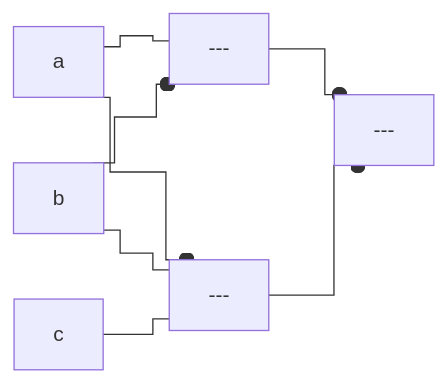
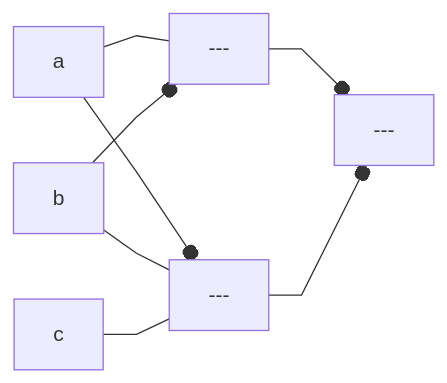
One commit to tnichols217/notes changed the diagram in CSDS 281 - Logic Design/HW/4.md. Above: the diagram before and after it, drawn with Mermaid.

Commit message:
vault backup: 2024-02-22 23:06:14

````diff
--- a/CSDS 281 - Logic Design/HW/4.md
+++ b/CSDS 281 - Logic Design/HW/4.md
@@ -83,9 +83,9 @@
 ```mermaid
-%%{ init: { 'flowchart': { 'curve': 'step' } } }%%
+%%{ init: { 'flowchart': { 'curve': 'linear' } } }%%
 flowchart LR
 a --- nor1[---]
 b --o nor1
 a --o nor2[---]
 b & c --- nor2
 nor1 & nor2 --o nor3[---]
 ```
````
